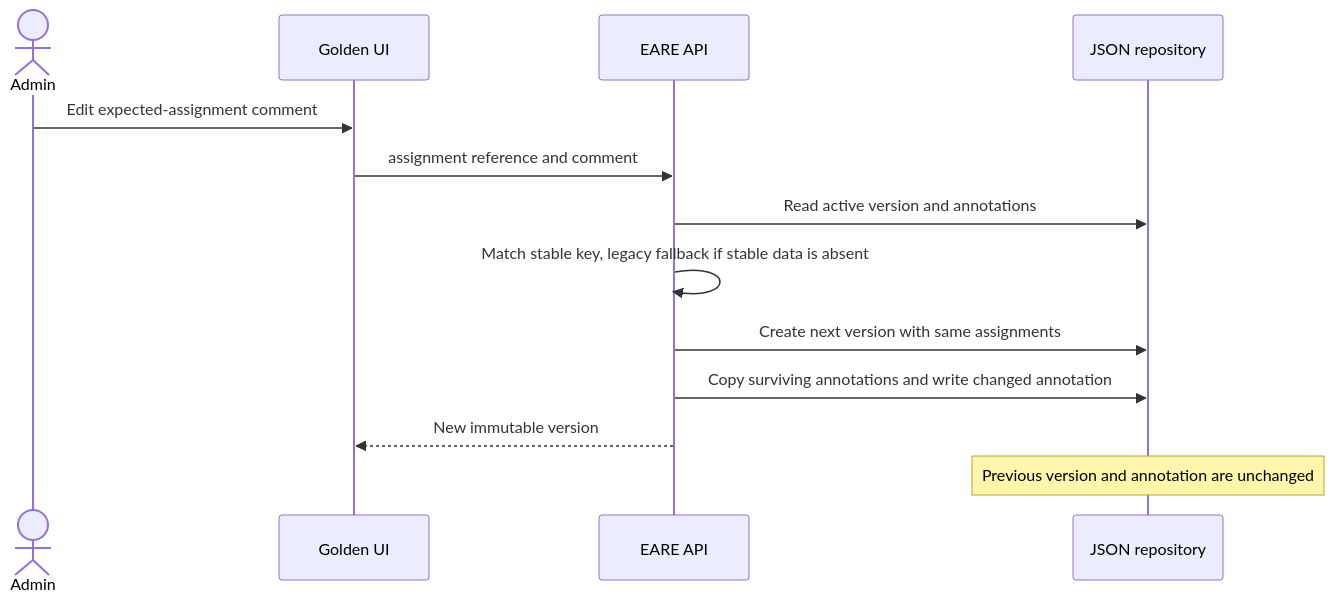
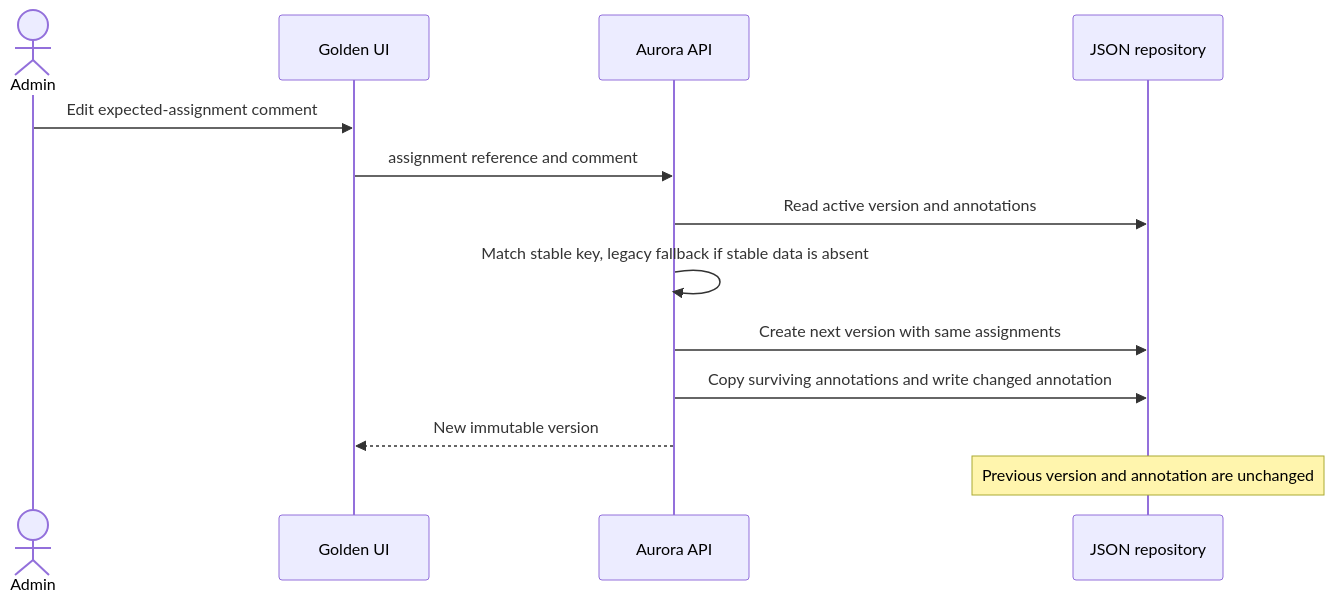
The sixth of 8 diagrams in docs/source-business-context.md (LCIT-CyberSecurity/Easy-Access-Review-Engine), drawn with Mermaid before and after one commit. The commit also changed other lines of this file and 345 other files, not shown here.

Commit message:
Rebrand EARE as Aurora

````diff
--- a/docs/source-business-context.md
+++ b/docs/source-business-context.md
@@ -252,15 +252,15 @@
 ```mermaid
 sequenceDiagram
     actor Admin
     participant UI as Golden UI
-    participant API as EARE API
+    participant API as Aurora API
     participant DB as JSON repository
     Admin->>UI: Edit expected-assignment comment
     UI->>API: assignment reference and comment
     API->>DB: Read active version and annotations
     API->>API: Match stable key, legacy fallback if stable data is absent
     API->>DB: Create next version with same assignments
     API->>DB: Copy surviving annotations and write changed annotation
     API-->>UI: New immutable version
     Note over DB: Previous version and annotation are unchanged
 ```
````
